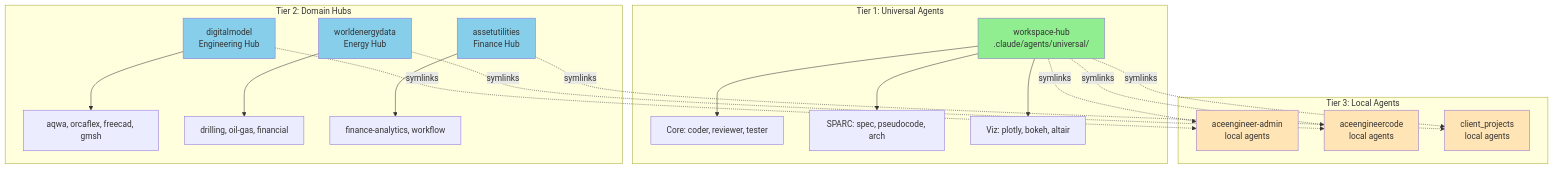
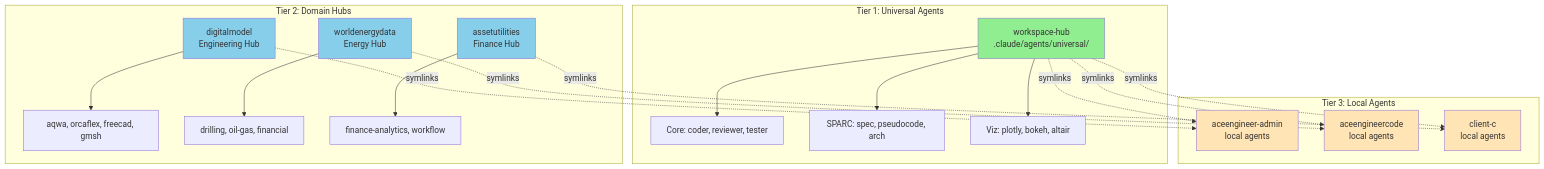
One commit to vamseeachanta/workspace-hub changed the diagram in docs/modules/ai/agent-patterns/AGENT_ORGANIZATION_GUIDE.md. Above: the diagram before and after it, drawn with Mermaid. The commit also changed 646 other files, not shown here.

````diff
--- a/docs/modules/ai/agent-patterns/AGENT_ORGANIZATION_GUIDE.md
+++ b/docs/modules/ai/agent-patterns/AGENT_ORGANIZATION_GUIDE.md
@@ -25,41 +25,41 @@
 ```mermaid
 graph TB
     subgraph "Tier 1: Universal Agents"
         WH[workspace-hub<br/>.claude/agents/universal/]
         WH --> CORE[Core: coder, reviewer, tester]
         WH --> SPARC[SPARC: spec, pseudocode, arch]
         WH --> VIZ[Viz: plotly, bokeh, altair]
     end
 
     subgraph "Tier 2: Domain Hubs"
         DM[digitalmodel<br/>Engineering Hub]
         WED[worldenergydata<br/>Energy Hub]
         AU[assetutilities<br/>Finance Hub]
 
         DM --> ENG[aqwa, orcaflex, freecad, gmsh]
         WED --> ENERGY[drilling, oil-gas, financial]
         AU --> FIN[finance-analytics, workflow]
     end
 
     subgraph "Tier 3: Local Agents"
         R1[aceengineer-admin<br/>local agents]
         R2[aceengineercode<br/>local agents]
-        R3[client_projects<br/>local agents]
+        R3[client-c<br/>local agents]
     end
 
     WH -.symlinks.-> R1
     WH -.symlinks.-> R2
     WH -.symlinks.-> R3
 
     DM -.symlinks.-> R1
     WED -.symlinks.-> R2
     AU -.symlinks.-> R3
 
     style WH fill:#90EE90
     style DM fill:#87CEEB
     style WED fill:#87CEEB
     style AU fill:#87CEEB
     style R1 fill:#FFE4B5
     style R2 fill:#FFE4B5
     style R3 fill:#FFE4B5
 ```
````
